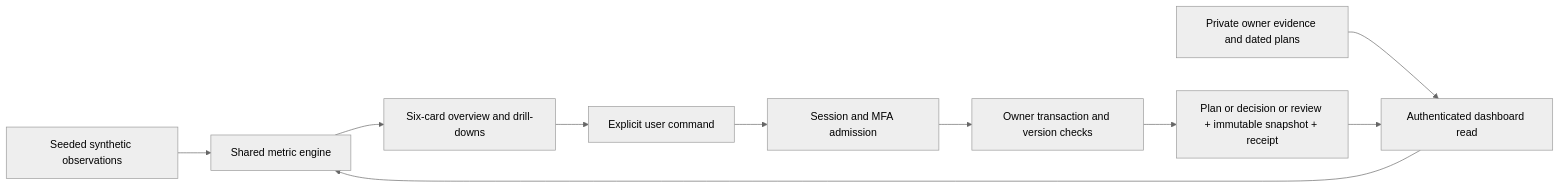
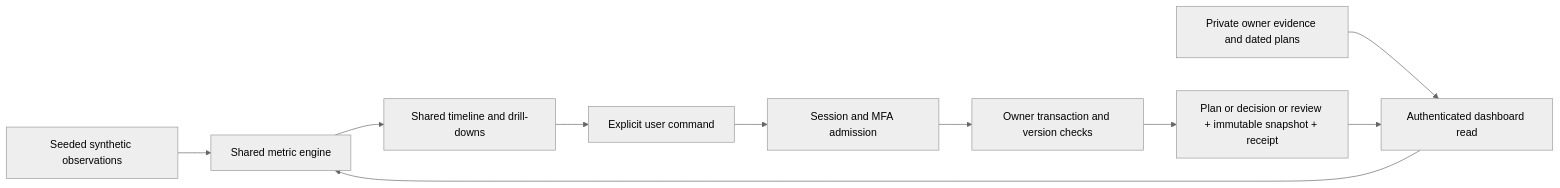
One commit to pkkeable/yourset-insights-demo changed the diagram in README.md. Above: the diagram before and after it, drawn with Mermaid (neutral theme). The commit also changed other lines of this file and 21 other files, not shown here.

Commit message:
Release the reviewed shared timeline synthetic demo

````diff
--- a/README.md
+++ b/README.md
@@ -54,12 +56,12 @@
 ```mermaid
 flowchart LR
   F[Seeded synthetic observations] --> M[Shared metric engine]
   P[Private owner evidence and dated plans] --> R[Authenticated dashboard read]
   R --> M
-  M --> U[Six-card overview and drill-downs]
+  M --> U[Shared timeline and drill-downs]
   U --> C[Explicit user command]
   C --> A[Session and MFA admission]
   A --> T[Owner transaction and version checks]
   T --> S[Plan or decision or review + immutable snapshot + receipt]
   S --> R
 ```
````
